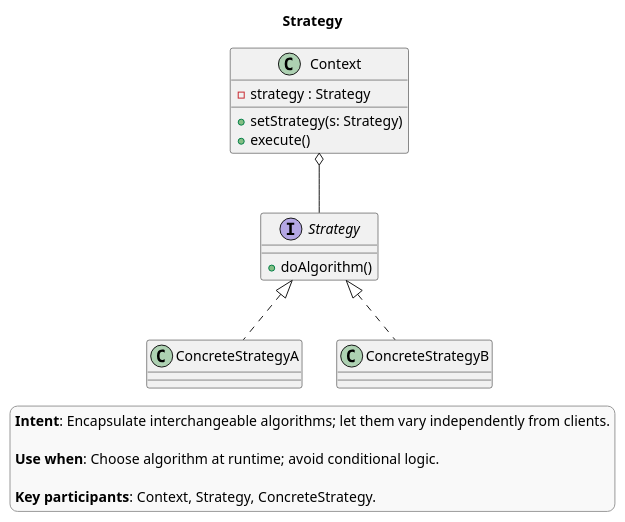
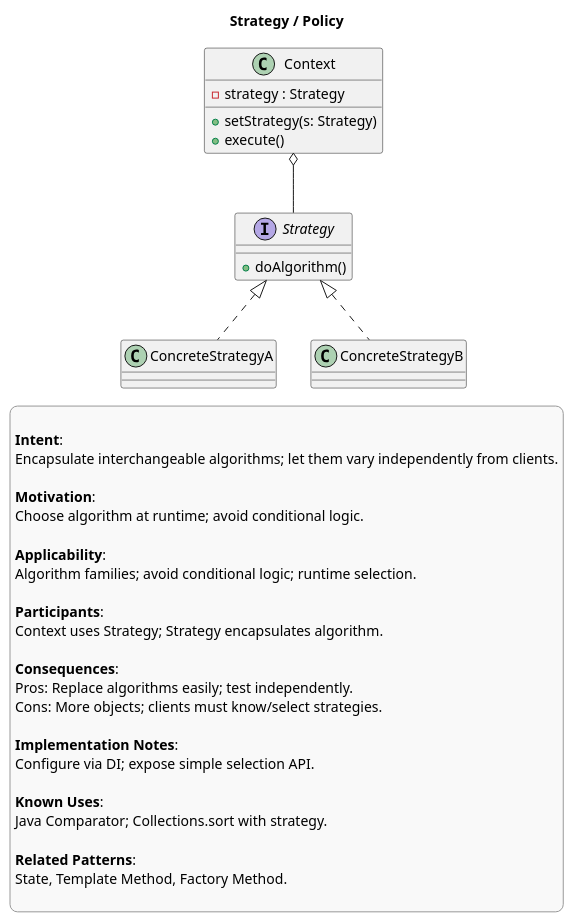
The diagram in theory/behavioral/strategy.puml (AkselErenberk/design-patterns), drawn with PlantUML before and after one commit. The commit also changed 26 other files, not shown here.

Commit message:
design pattern class diagrams

```diff
--- a/theory/behavioral/strategy.puml
+++ b/theory/behavioral/strategy.puml
@@ -1,31 +1,52 @@
 @startuml
-title Strategy
+title Strategy / Policy
 
 skinparam legendBackgroundColor #f9f9f9
 skinparam legendBorderColor #999999
 
 legend right
-**Intent**: Encapsulate interchangeable algorithms; let them vary independently from clients.
 
-**Use when**: Choose algorithm at runtime; avoid conditional logic.
+**Intent**:
+Encapsulate interchangeable algorithms; let them vary independently from clients.
 
-**Key participants**: Context, Strategy, ConcreteStrategy.
+**Motivation**:
+Choose algorithm at runtime; avoid conditional logic.
+
+**Applicability**:
+Algorithm families; avoid conditional logic; runtime selection.
+
+**Participants**:
+Context uses Strategy; Strategy encapsulates algorithm.
+
+**Consequences**:
+Pros: Replace algorithms easily; test independently.
+Cons: More objects; clients must know/select strategies.
+
+**Implementation Notes**:
+Configure via DI; expose simple selection API.
+
+**Known Uses**:
+Java Comparator; Collections.sort with strategy.
+
+**Related Patterns**:
+State, Template Method, Factory Method.
+
 endlegend
 
 class Context {
   -strategy : Strategy
   +setStrategy(s: Strategy)
   +execute()
 }
 
 interface Strategy {
   +doAlgorithm()
 }
 
 class ConcreteStrategyA
 class ConcreteStrategyB
 
 Strategy <|.. ConcreteStrategyA
 Strategy <|.. ConcreteStrategyB
 Context o-- Strategy
 @enduml
```
